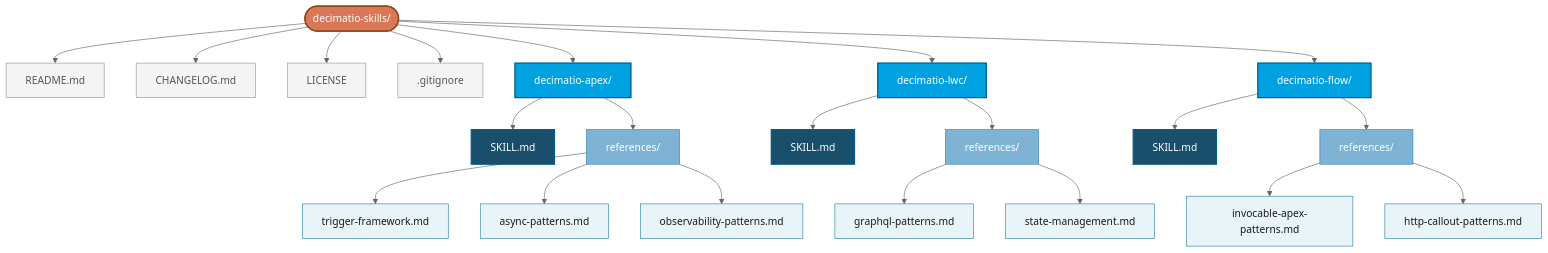
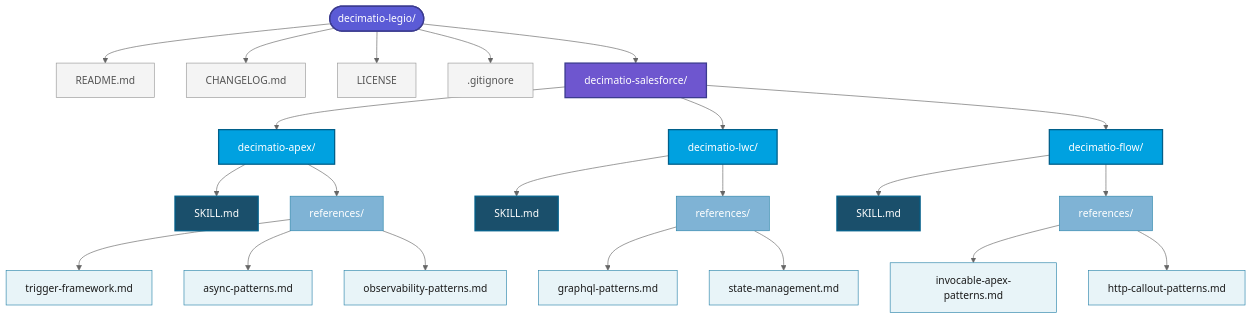
Before and after one commit to Dyarchia/dyarchia-salesforce: the first of 3 diagrams in README.md, drawn with Mermaid (neutral theme). The commit also changed other lines of this file and 2 other files, not shown here.

First line of the commit message:
docs(repo): retarget as decimatio-legio and drop vendor-specific branding

````diff
--- a/README.md
+++ b/README.md
@@ -27,41 +29,45 @@
 ```mermaid
 graph TD
-    Root([decimatio-skills/])
+    Root([decimatio-legio/])
     Root --> README[README.md]
     Root --> Changelog[CHANGELOG.md]
     Root --> License[LICENSE]
     Root --> Gitignore[.gitignore]
-    Root --> Apex[decimatio-apex/]
-    Root --> LWC[decimatio-lwc/]
-    Root --> Flow[decimatio-flow/]
+    Root --> SF[decimatio-salesforce/]
+
+    SF --> Apex[decimatio-apex/]
+    SF --> LWC[decimatio-lwc/]
+    SF --> Flow[decimatio-flow/]
 
     Apex --> ApexSkill[SKILL.md]
     Apex --> ApexRefs[references/]
     ApexRefs --> R1[trigger-framework.md]
     ApexRefs --> R2[async-patterns.md]
     ApexRefs --> R3[observability-patterns.md]
 
     LWC --> LWCSkill[SKILL.md]
     LWC --> LWCRefs[references/]
     LWCRefs --> R4[graphql-patterns.md]
     LWCRefs --> R5[state-management.md]
 
     Flow --> FlowSkill[SKILL.md]
     Flow --> FlowRefs[references/]
     FlowRefs --> R6[invocable-apex-patterns.md]
     FlowRefs --> R7[http-callout-patterns.md]
 
-    classDef root fill:#D97757,stroke:#8B4513,color:#fff,stroke-width:2px
+    classDef root fill:#5B5BD6,stroke:#3B3B8F,color:#fff,stroke-width:2px
+    classDef domainFolder fill:#6E56CF,stroke:#3B3B8F,color:#fff,stroke-width:2px
     classDef skillFolder fill:#00A1E0,stroke:#005F8A,color:#fff,stroke-width:2px
     classDef skillFile fill:#1a4f6b,stroke:#005F8A,color:#fff,stroke-width:2px
     classDef refsFolder fill:#7FB3D5,stroke:#2E86AB,color:#fff
     classDef refFile fill:#E8F4F8,stroke:#2E86AB,color:#1a1a1a
     classDef meta fill:#F4F4F4,stroke:#999,color:#555
 
     class Root root
+    class SF domainFolder
     class Apex,LWC,Flow skillFolder
     class ApexSkill,LWCSkill,FlowSkill skillFile
     class ApexRefs,LWCRefs,FlowRefs refsFolder
     class R1,R2,R3,R4,R5,R6,R7 refFile
     class README,Changelog,License,Gitignore meta
 ```
````
